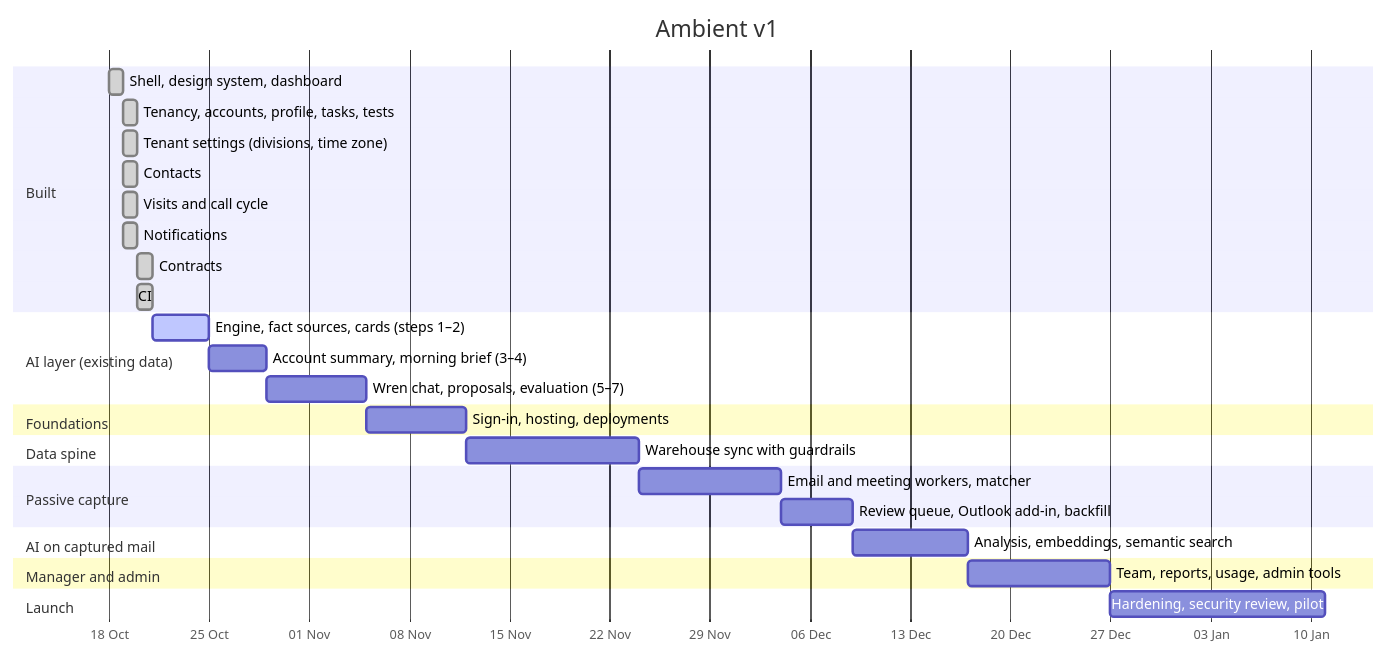
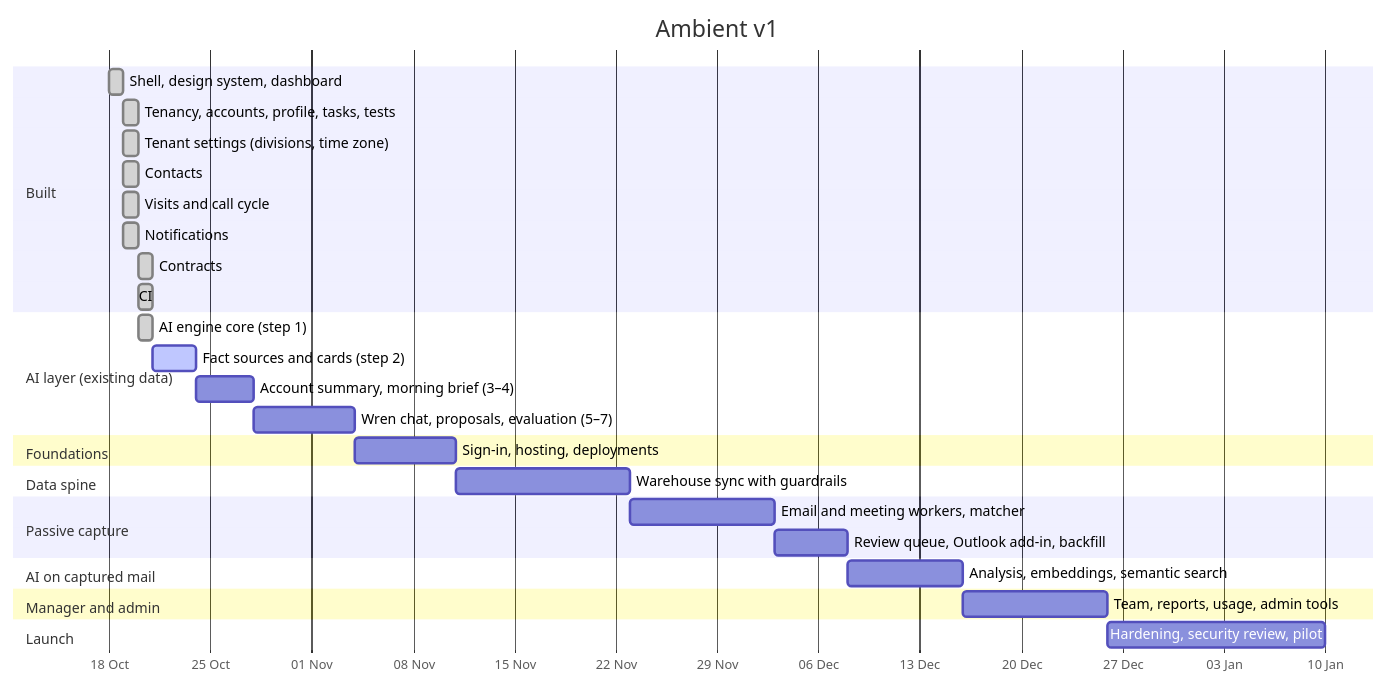
One commit to sonishivam1/ambient-crm changed the diagram in docs/product/roadmap.md. Above: the diagram before and after it, drawn with Mermaid. The commit also changed other lines of this file and 29 other files, not shown here.

First line of the commit message:
feat(ai): step 1, the AI engine core

````diff
--- a/docs/product/roadmap.md
+++ b/docs/product/roadmap.md
@@ -53,32 +54,33 @@
 ```mermaid
 gantt
   title Ambient v1
   dateFormat YYYY-MM-DD
   axisFormat %d %b
   section Built
   Shell, design system, dashboard          :done,   b1, 2026-10-18, 1d
   Tenancy, accounts, profile, tasks, tests :done,   b2, 2026-10-19, 1d
   Tenant settings (divisions, time zone)   :done,   b3, 2026-10-19, 1d
   Contacts                                 :done,   b4, 2026-10-19, 1d
   Visits and call cycle                    :done,   b5, 2026-10-19, 1d
   Notifications                            :done,   b6, 2026-10-19, 1d
   Contracts                                :done,   b7, 2026-10-20, 1d
   CI                                       :done,   b8, 2026-10-20, 1d
   section AI layer (existing data)
-  Engine, fact sources, cards (steps 1–2)  :active, a0, 2026-10-21, 4d
+  AI engine core (step 1)                  :done,   a9, 2026-10-20, 1d
+  Fact sources and cards (step 2)          :active, a0, 2026-10-21, 3d
   Account summary, morning brief (3–4)     :        a1, after a0, 4d
   Wren chat, proposals, evaluation (5–7)   :        a2, after a1, 7d
   section Foundations
   Sign-in, hosting, deployments           :        f1, after a2, 7d
   section Data spine
   Warehouse sync with guardrails           :        d1, after f1, 12d
   section Passive capture
   Email and meeting workers, matcher       :        p1, after d1, 10d
   Review queue, Outlook add-in, backfill   :        p2, after p1, 5d
   section AI on captured mail
   Analysis, embeddings, semantic search    :        a3, after p2, 8d
   section Manager and admin
   Team, reports, usage, admin tools        :        m1, after a3, 10d
   section Launch
   Hardening, security review, pilot        :        l1, after m1, 15d
 ```
````
